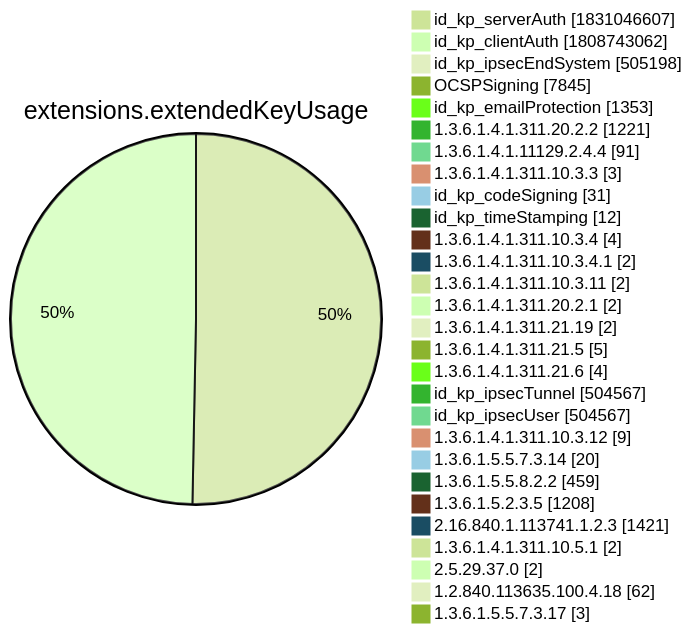
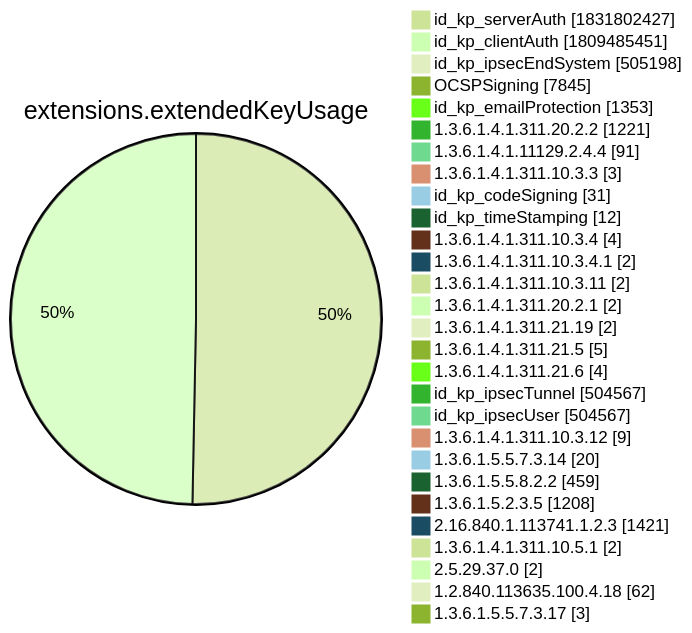
Before and after one commit to christiankrug/ctmonitor_visualization: diagram 12 of 15 in xenon2022/README.md, drawn with Mermaid (forest theme). The commit also changed other lines of this file, not shown here.

````diff
--- a/xenon2022/README.md
+++ b/xenon2022/README.md
@@ -3896,32 +3896,32 @@
 ```mermaid
 pie showData
 title extensions.extendedKeyUsage
-"id_kp_serverAuth" :1831046607
-"id_kp_clientAuth" :1808743062
+"id_kp_serverAuth" :1831802427
+"id_kp_clientAuth" :1809485451
 "id_kp_ipsecEndSystem" :505198
 "OCSPSigning" :7845
 "id_kp_emailProtection" :1353
 "1.3.6.1.4.1.311.20.2.2" :1221
 "1.3.6.1.4.1.11129.2.4.4" :91
 "1.3.6.1.4.1.311.10.3.3" :3
 "id_kp_codeSigning" :31
 "id_kp_timeStamping" :12
 "1.3.6.1.4.1.311.10.3.4" :4
 "1.3.6.1.4.1.311.10.3.4.1" :2
 "1.3.6.1.4.1.311.10.3.11" :2
 "1.3.6.1.4.1.311.20.2.1" :2
 "1.3.6.1.4.1.311.21.19" :2
 "1.3.6.1.4.1.311.21.5" :5
 "1.3.6.1.4.1.311.21.6" :4
 "id_kp_ipsecTunnel" :504567
 "id_kp_ipsecUser" :504567
 "1.3.6.1.4.1.311.10.3.12" :9
 "1.3.6.1.5.5.7.3.14" :20
 "1.3.6.1.5.5.8.2.2" :459
 "1.3.6.1.5.2.3.5" :1208
 "2.16.840.1.113741.1.2.3" :1421
 "1.3.6.1.4.1.311.10.5.1" :2
 "2.5.29.37.0" :2
 "1.2.840.113635.100.4.18" :62
 "1.3.6.1.5.5.7.3.17" :3
 ```
````
